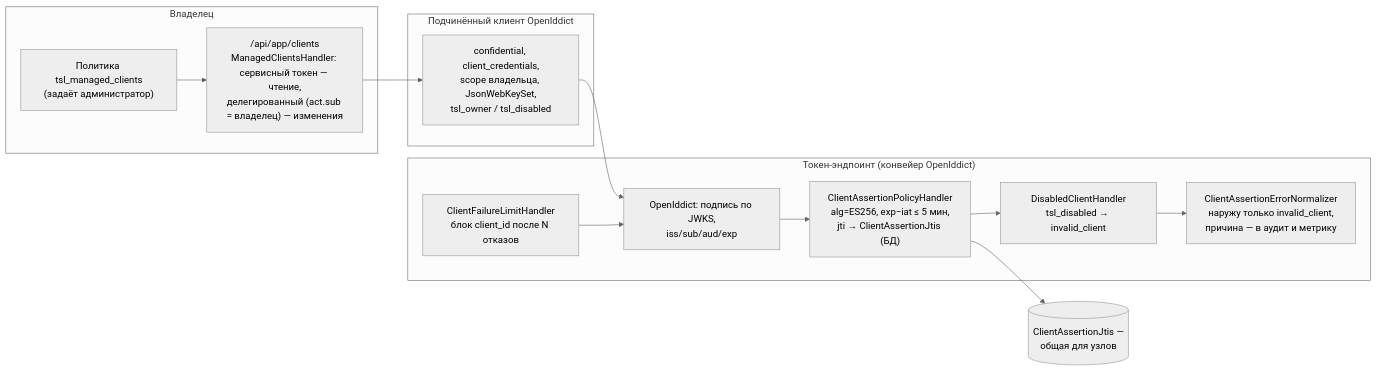
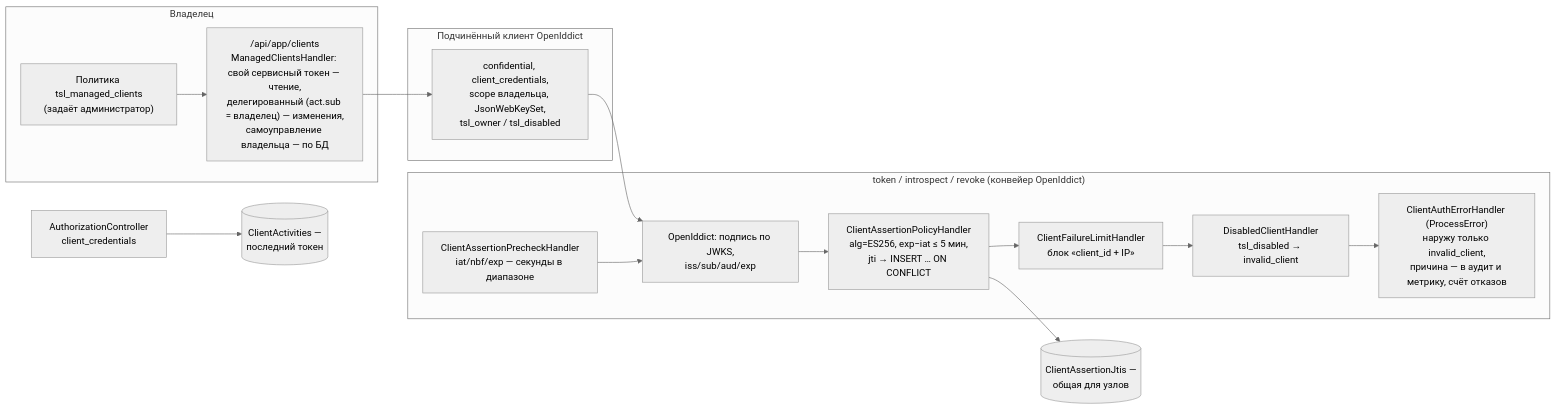
Before and after one commit to akprof2000/tsl-auth: the sixth of 7 diagrams in docs/architecture.md, drawn with Mermaid (neutral theme). The commit also changed other lines of this file and 46 other files, not shown here.

````diff
--- a/docs/architecture.md
+++ b/docs/architecture.md
@@ -195,21 +195,23 @@
 ```mermaid
 flowchart LR
     subgraph Владелец
         POL["Политика tsl_managed_clients<br/>(задаёт администратор)"]
-        MC["/api/app/clients<br/>ManagedClientsHandler: сервисный токен — чтение,<br/>делегированный (act.sub = владелец) — изменения"]
+        MC["/api/app/clients<br/>ManagedClientsHandler: свой сервисный токен — чтение,<br/>делегированный (act.sub = владелец) — изменения,<br/>самоуправление владельца — по БД"]
     end
     subgraph Подчинённый клиент OpenIddict
         DESC["confidential, client_credentials,<br/>scope владельца, JsonWebKeySet,<br/>tsl_owner / tsl_disabled"]
     end
-    subgraph "Токен-эндпоинт (конвейер OpenIddict)"
-        FL["ClientFailureLimitHandler<br/>блок client_id после N отказов"]
+    subgraph "token / introspect / revoke (конвейер OpenIddict)"
+        PC["ClientAssertionPrecheckHandler<br/>iat/nbf/exp — секунды в диапазоне"]
         VA["OpenIddict: подпись по JWKS,<br/>iss/sub/aud/exp"]
-        CP["ClientAssertionPolicyHandler<br/>alg=ES256, exp−iat ≤ 5 мин,<br/>jti → ClientAssertionJtis (БД)"]
+        CP["ClientAssertionPolicyHandler<br/>alg=ES256, exp−iat ≤ 5 мин,<br/>jti → INSERT … ON CONFLICT"]
+        FL["ClientFailureLimitHandler<br/>блок «client_id + IP»"]
         DC["DisabledClientHandler<br/>tsl_disabled → invalid_client"]
-        EN["ClientAssertionErrorNormalizer<br/>наружу только invalid_client,<br/>причина — в аудит и метрику"]
+        EN["ClientAuthErrorHandler (ProcessError)<br/>наружу только invalid_client,<br/>причина — в аудит и метрику, счёт отказов"]
     end
     POL --> MC --> DESC
     DESC --> VA
-    FL --> VA --> CP --> DC --> EN
+    PC --> VA --> CP --> FL --> DC --> EN
     CP --> DB[(ClientAssertionJtis —<br/>общая для узлов)]
+    TOK["AuthorizationController<br/>client_credentials"] --> ACT[(ClientActivities —<br/>последний токен)]
 ```
````
